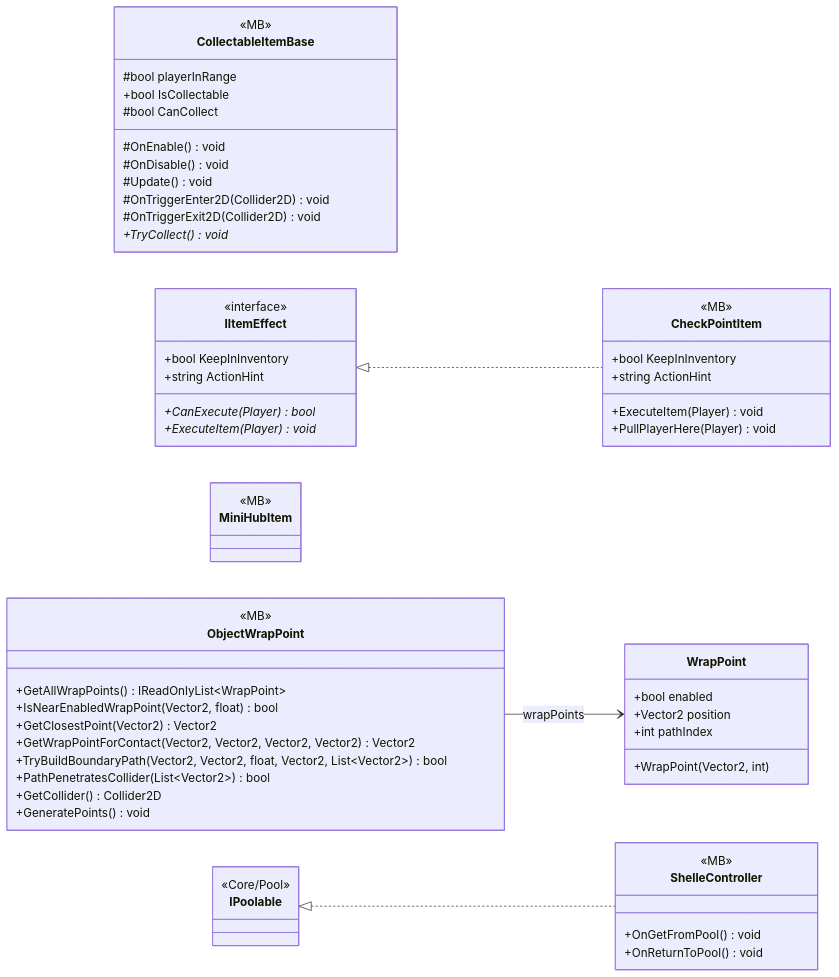
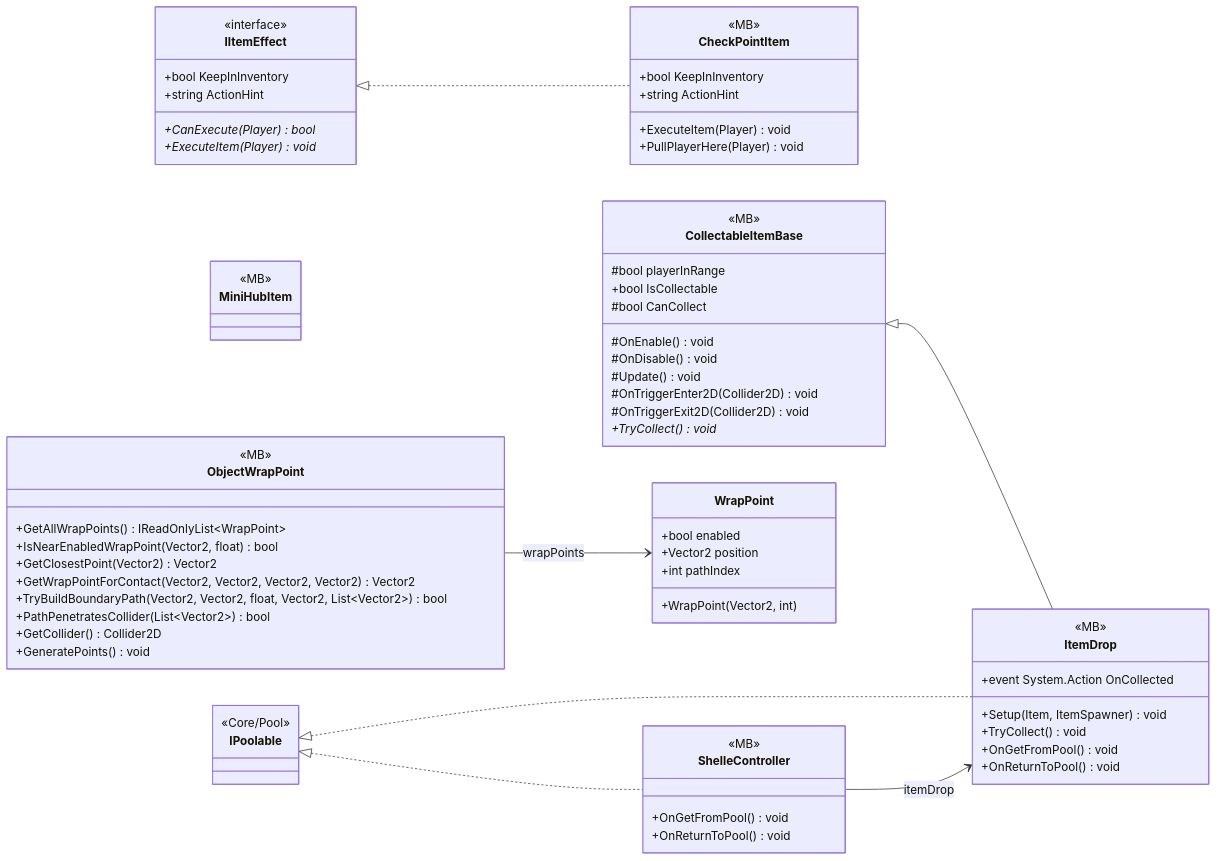
Before and after one commit to PhumipatWave/project-ocean: the diagram in docs/uml/modules/Gameplay_InteractObjects.md, drawn with Mermaid. The commit also changed other lines of this file and 191 other files, not shown here.

````diff
--- a/docs/uml/modules/Gameplay_InteractObjects.md
+++ b/docs/uml/modules/Gameplay_InteractObjects.md
@@ -7,62 +7,73 @@
 ```mermaid
 classDiagram
   direction LR
   class CheckPointItem {
     <<MB>>
     +bool KeepInInventory
     +string ActionHint
     +ExecuteItem(Player) void
     +PullPlayerHere(Player) void
   }
   class CollectableItemBase {
     <<MB>>
     <<abstract>>
     #bool playerInRange
     +bool IsCollectable
     #bool CanCollect
     #OnEnable() void
     #OnDisable() void
     #Update() void
     #OnTriggerEnter2D(Collider2D) void
     #OnTriggerExit2D(Collider2D) void
     +TryCollect()* void
   }
   class IItemEffect {
     <<interface>>
     +bool KeepInInventory
     +string ActionHint
     +CanExecute(Player)* bool
     +ExecuteItem(Player)* void
   }
+  class ItemDrop {
+    <<MB>>
+    +event System.Action OnCollected
+    +Setup(Item, ItemSpawner) void
+    +TryCollect() void
+    +OnGetFromPool() void
+    +OnReturnToPool() void
+  }
   class MiniHubItem {
     <<MB>>
   }
   class ObjectWrapPoint {
     <<MB>>
     +GetAllWrapPoints() IReadOnlyList~WrapPoint~
     +IsNearEnabledWrapPoint(Vector2, float) bool
     +GetClosestPoint(Vector2) Vector2
     +GetWrapPointForContact(Vector2, Vector2, Vector2, Vector2) Vector2
     +TryBuildBoundaryPath(Vector2, Vector2, float, Vector2, List~Vector2~) bool
     +PathPenetratesCollider(List~Vector2~) bool
     +GetCollider() Collider2D
     +GeneratePoints() void
   }
   class WrapPoint {
     +bool enabled
     +Vector2 position
     +int pathIndex
     +WrapPoint(Vector2, int)
   }
   class ShelleController {
     <<MB>>
     +OnGetFromPool() void
     +OnReturnToPool() void
   }
   class IPoolable {
     <<Core/Pool>>
   }
+  CollectableItemBase <|-- ItemDrop
   IItemEffect <|.. CheckPointItem
+  IPoolable <|.. ItemDrop
   IPoolable <|.. ShelleController
   ObjectWrapPoint --> WrapPoint : wrapPoints
+  ShelleController --> ItemDrop : itemDrop
 ```
````
